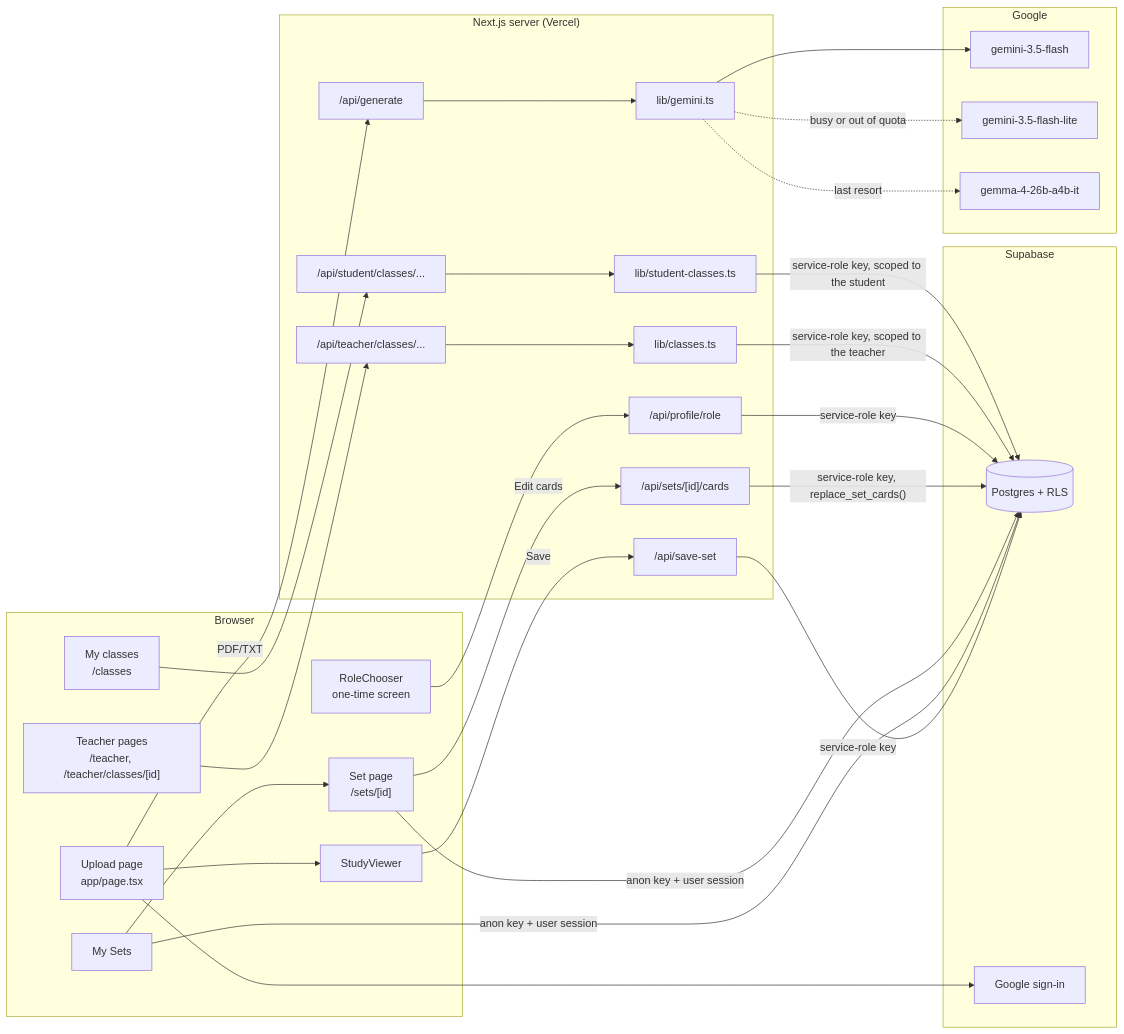
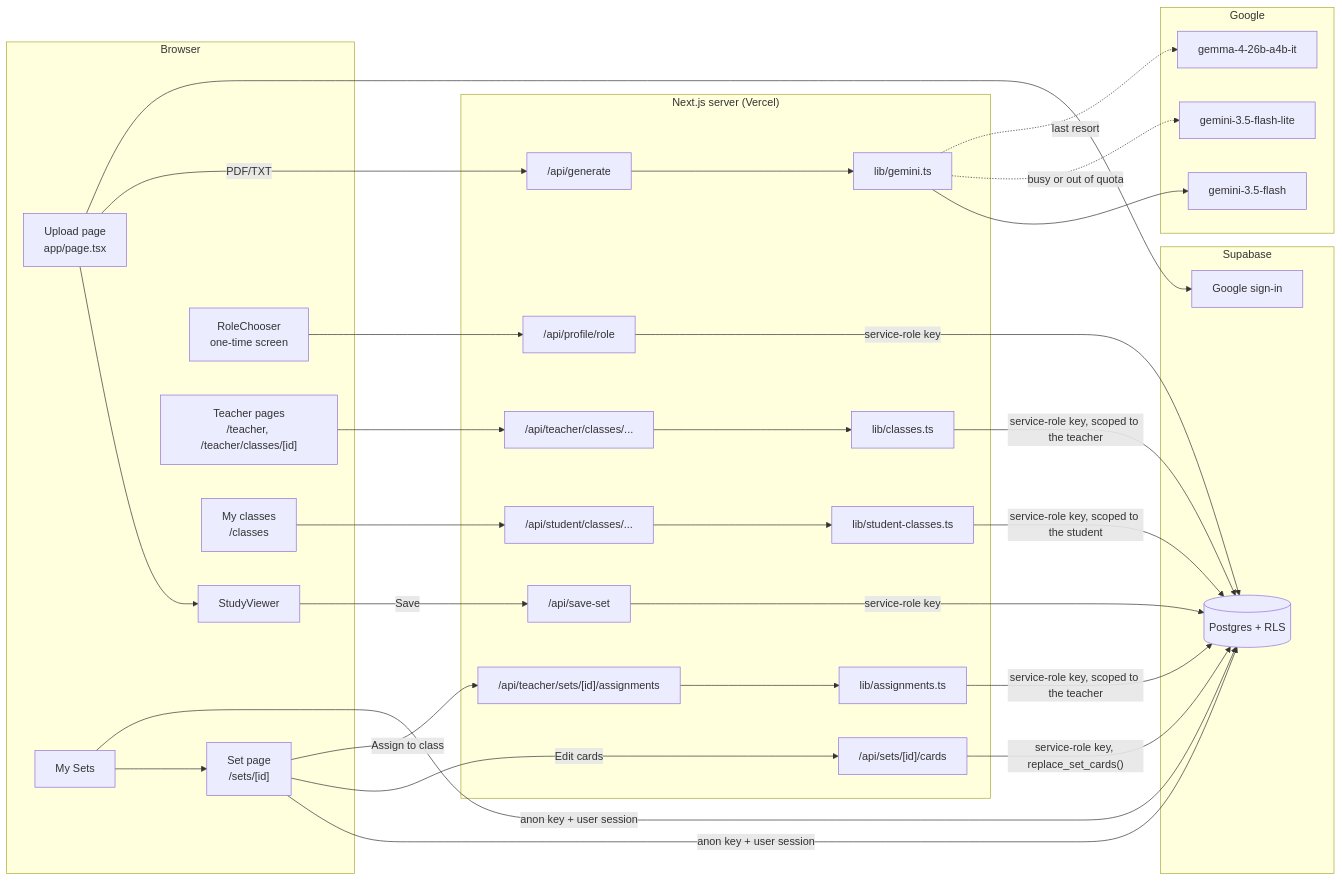
Before and after one commit to GABRIEL-CSTND/FlashForge: the diagram in docs/ARCHITECTURE.md, drawn with Mermaid. The commit also changed other lines of this file and 27 other files, not shown here.

````diff
--- a/docs/ARCHITECTURE.md
+++ b/docs/ARCHITECTURE.md
@@ -8,38 +8,41 @@
 ```mermaid
 flowchart LR
   subgraph Browser
     U[Upload page<br/>app/page.tsx] --> SV[StudyViewer]
     MS[My Sets] --> SP["Set page<br/>/sets/[id]"]
     RC[RoleChooser<br/>one-time screen]
     T["Teacher pages<br/>/teacher, /teacher/classes/[id]"]
     MC["My classes<br/>/classes"]
   end
   subgraph "Next.js server (Vercel)"
     G["/api/generate"] --> AI[lib/gemini.ts]
     S["/api/save-set"]
     EC["/api/sets/[id]/cards"]
+    AS["/api/teacher/sets/[id]/assignments"] --> ASL[lib/assignments.ts]
     R["/api/profile/role"]
     TC["/api/teacher/classes/..."] --> CL[lib/classes.ts]
     SC["/api/student/classes/..."] --> SCL[lib/student-classes.ts]
   end
   subgraph Google
     AI --> M1[gemini-3.5-flash]
     AI -.->|busy or out of quota| M2[gemini-3.5-flash-lite]
     AI -.->|last resort| M3[gemma-4-26b-a4b-it]
   end
   subgraph Supabase
     DB[(Postgres + RLS)]
     AUTH[Google sign-in]
   end
   U -->|PDF/TXT| G
   SV -->|Save| S -->|service-role key| DB
   MS -->|anon key + user session| DB
   SP -->|anon key + user session| DB
   SP -->|Edit cards| EC -->|"service-role key, replace_set_cards()"| DB
+  SP -->|Assign to class| AS
+  ASL -->|service-role key, scoped to the teacher| DB
   U --> AUTH
   RC --> R -->|service-role key| DB
   T --> TC
   CL -->|service-role key, scoped to the teacher| DB
   MC --> SC
   SCL -->|service-role key, scoped to the student| DB
 ```
````
